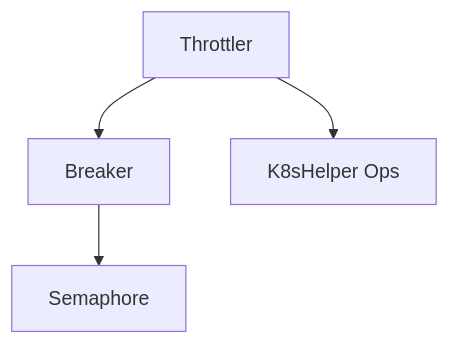
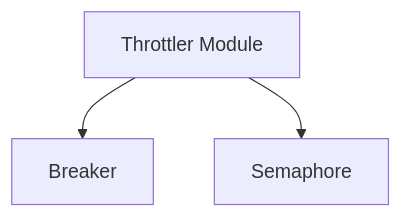
One commit to ShreyasPatel031/CodeWiki changed the diagram in demo/repos/KubeElasti/throttler.md. Above: the diagram before and after it, drawn with Mermaid. The commit also changed other lines of this file and 55 other files, not shown here.

````diff
--- a/demo/repos/KubeElasti/throttler.md
+++ b/demo/repos/KubeElasti/throttler.md
@@ -11,11 +9,12 @@
 ```mermaid
 graph TD
-    A[Throttler] --> B[Breaker]
-    B --> C[Semaphore]
-    A --> D[K8sHelper Ops]
-
-    click A "throttler.md" "View Throttler Module"
-    click B "throttler.md#breaker-component" "View Breaker Component"
-    click C "throttler.md#semaphore-component" "View Semaphore Component"
-    click D "pkg.md" "View K8sHelper Ops (from pkg module)"
+    throttler[Throttler Module]
+    breaker[Breaker]
+    semaphore[Semaphore]
+    
+    throttler --> breaker
+    throttler --> semaphore
+    
+    click breaker "breaker.md" "View Breaker Module"
+    click semaphore "semaphore.md" "View Semaphore Module"
 ```
````
